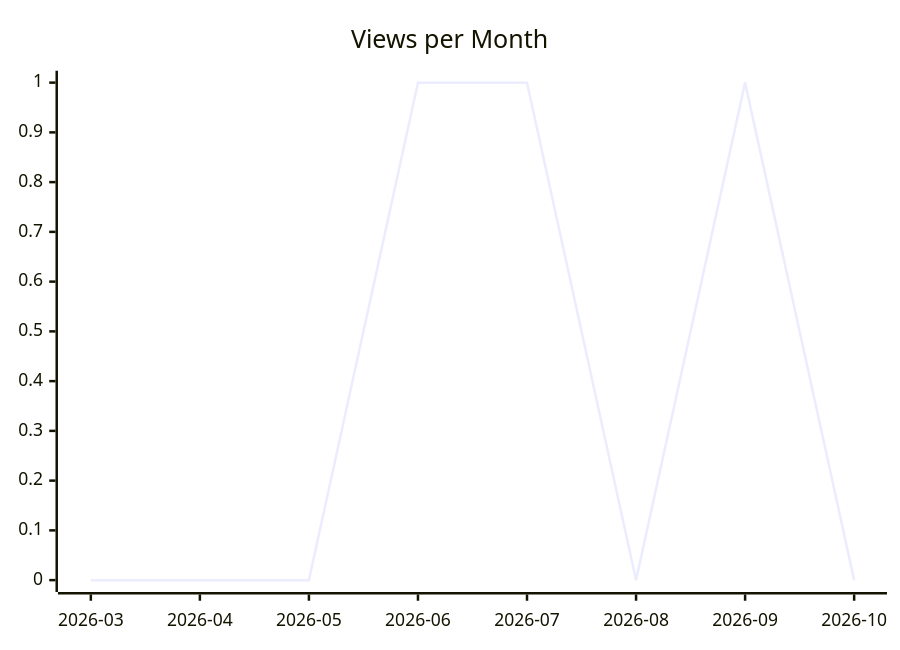
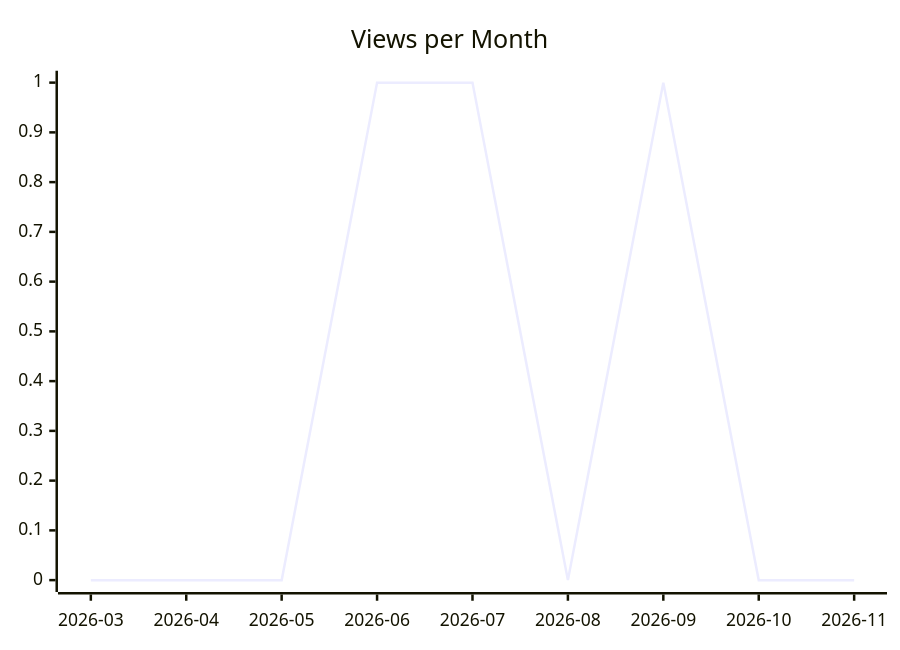
Before and after one commit to justdavis-family/github-analytics-data: the second of 3 diagrams in karlmdavis/ansible/README.md, drawn with Mermaid. The commit also changed other lines of this file and 201 other files, not shown here.

````diff
--- a/karlmdavis/ansible/README.md
+++ b/karlmdavis/ansible/README.md
@@ -12,6 +12,6 @@
 ```mermaid
 xychart-beta
   title "Views per Month"
-  x-axis ["2026-03", "2026-04", "2026-05", "2026-06", "2026-07", "2026-08", "2026-09", "2026-10"]
-  line [0, 0, 0, 1, 1, 0, 1, 0]
+  x-axis ["2026-03", "2026-04", "2026-05", "2026-06", "2026-07", "2026-08", "2026-09", "2026-10", "2026-11"]
+  line [0, 0, 0, 1, 1, 0, 1, 0, 0]
 ```
````
